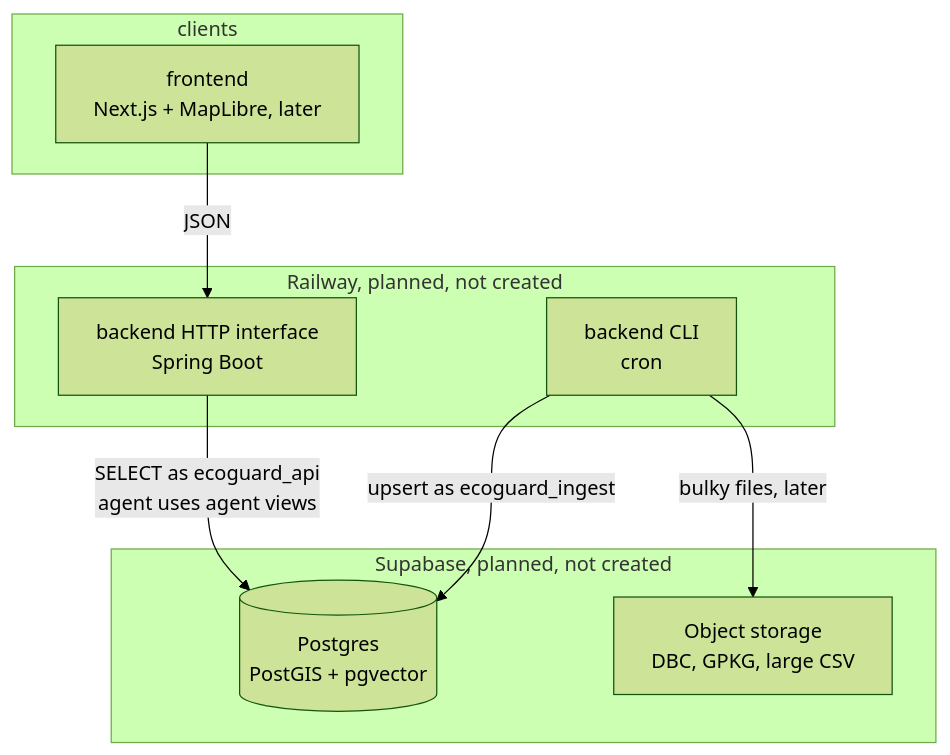
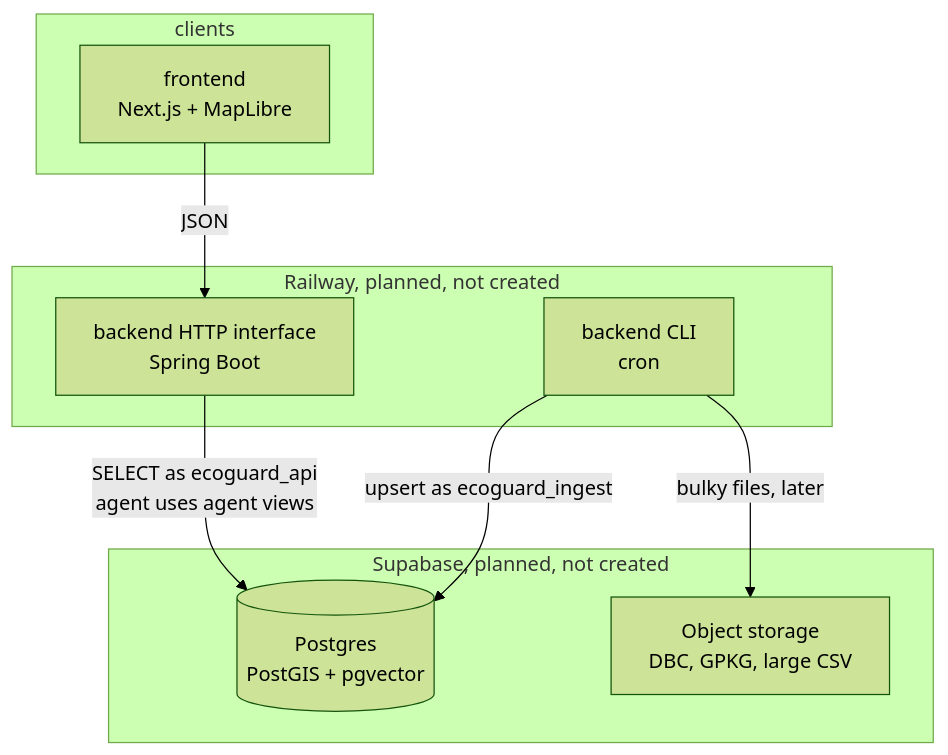
One commit to MarcoAurelioMeneses/ecoguard changed the second of 4 diagrams in docs/architecture.md. Above: the diagram before and after it, drawn with Mermaid (forest theme). The commit also changed other lines of this file and 120 other files, not shown here.

````diff
--- a/docs/architecture.md
+++ b/docs/architecture.md
@@ -31,21 +31,21 @@
 ```mermaid
 flowchart TB
   subgraph clients
-    web["frontend<br/>Next.js + MapLibre, later"]
+    web["frontend<br/>Next.js + MapLibre"]
   end
 
   subgraph railway["Railway, planned, not created"]
     api["backend HTTP interface<br/>Spring Boot"]
     workers["backend CLI<br/>cron"]
   end
 
   subgraph supabase["Supabase, planned, not created"]
     db[("Postgres<br/>PostGIS + pgvector")]
     storage["Object storage<br/>DBC, GPKG, large CSV"]
   end
 
   web -->|"JSON"| api
   api -->|"SELECT as ecoguard_api<br/>agent uses agent views"| db
   workers -->|"upsert as ecoguard_ingest"| db
   workers -->|"bulky files, later"| storage
 ```
````
